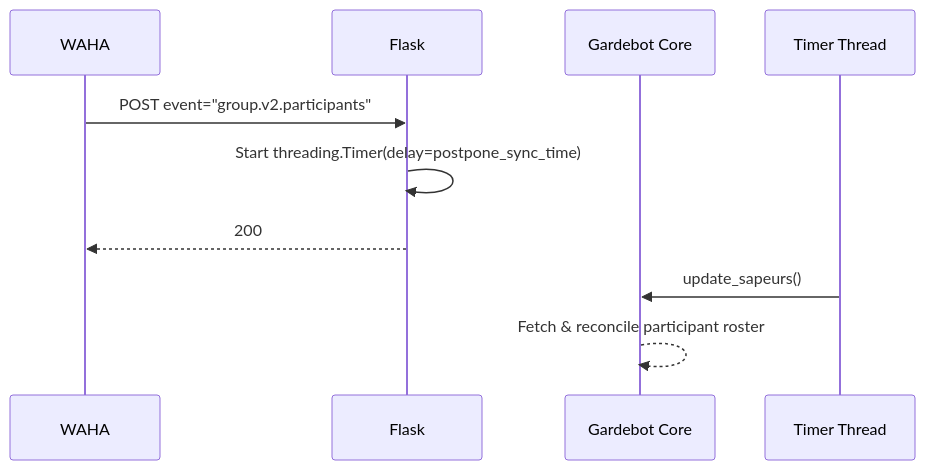
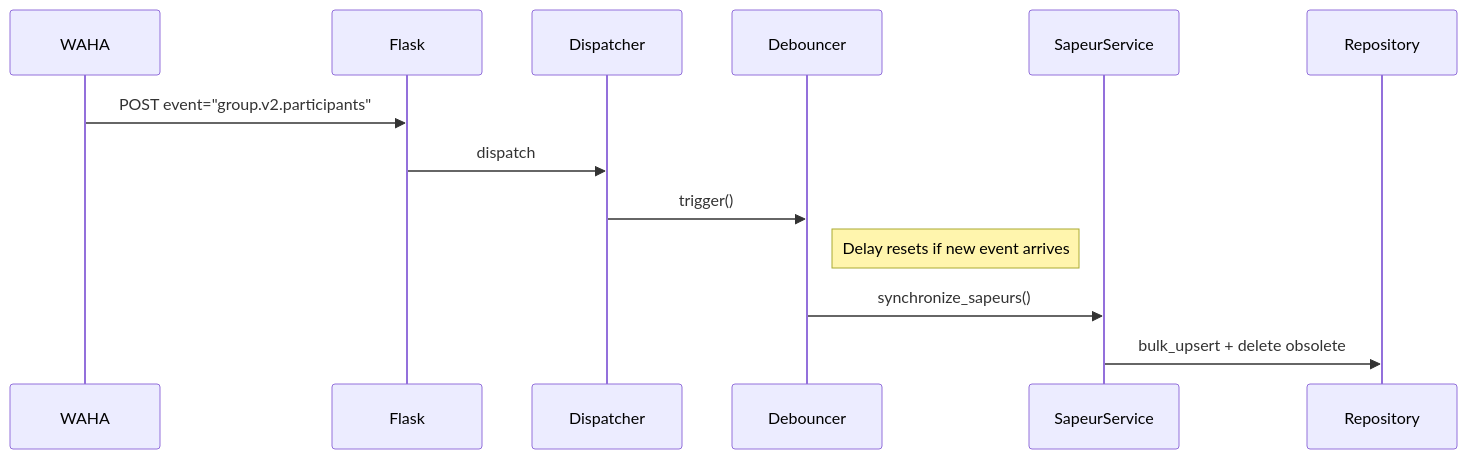
One commit to Gardebot/Gardebot changed the third of 3 diagrams in README.md. Above: the diagram before and after it, drawn with Mermaid. The commit also changed other lines of this file and 20 other files, not shown here.

````diff
--- a/README.md
+++ b/README.md
@@ -176,12 +55,14 @@
 ```mermaid
 sequenceDiagram
-    participant W as WAHA
-    participant F as Flask
-    participant G as Gardebot Core
-    participant T as Timer Thread
-    W->>F: POST event="group.v2.participants"
-    F->>F: Start threading.Timer(delay=postpone_sync_time)
-    F-->>W: 200
-    T->>G: update_sapeurs()
-    G-->>G: Fetch & reconcile participant roster
+    participant WAHA
+    participant Flask
+    participant Dispatcher
+    participant Debouncer
+    participant SapeurService
+    WAHA->>Flask: POST event="group.v2.participants"
+    Flask->>Dispatcher: dispatch
+    Dispatcher->>Debouncer: trigger()
+    Note right of Debouncer: Delay resets if new event arrives
+    Debouncer->>SapeurService: synchronize_sapeurs()
+    SapeurService->>Repository: bulk_upsert + delete obsolete
 ```
````
